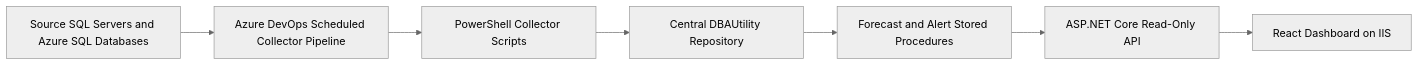
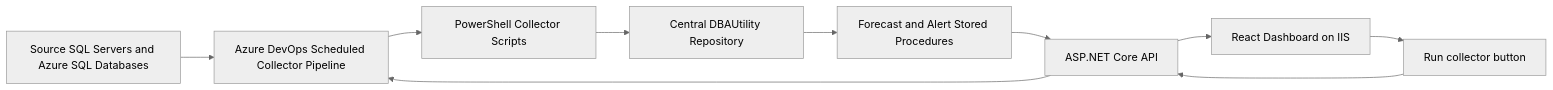
One commit to shamvil89/Capacity-Intelligence-Dashboard changed the first of 2 diagrams in dba-capacity-intelligence-dashboard/docs/customer-lift-and-shift-wiki.md. Above: the diagram before and after it, drawn with Mermaid (neutral theme). The commit also changed other lines of this file, not shown here.

````diff
--- a/dba-capacity-intelligence-dashboard/docs/customer-lift-and-shift-wiki.md
+++ b/dba-capacity-intelligence-dashboard/docs/customer-lift-and-shift-wiki.md
@@ -20,9 +68,12 @@
 ```mermaid
 flowchart LR
     A["Source SQL Servers and Azure SQL Databases"] --> B["Azure DevOps Scheduled Collector Pipeline"]
+    G["React Dashboard on IIS"] --> H["Run collector button"]
+    H --> F["ASP.NET Core API"]
+    F --> B
     B --> C["PowerShell Collector Scripts"]
     C --> D["Central DBAUtility Repository"]
     D --> E["Forecast and Alert Stored Procedures"]
-    E --> F["ASP.NET Core Read-Only API"]
-    F --> G["React Dashboard on IIS"]
+    E --> F
+    F --> G
 ```
````
